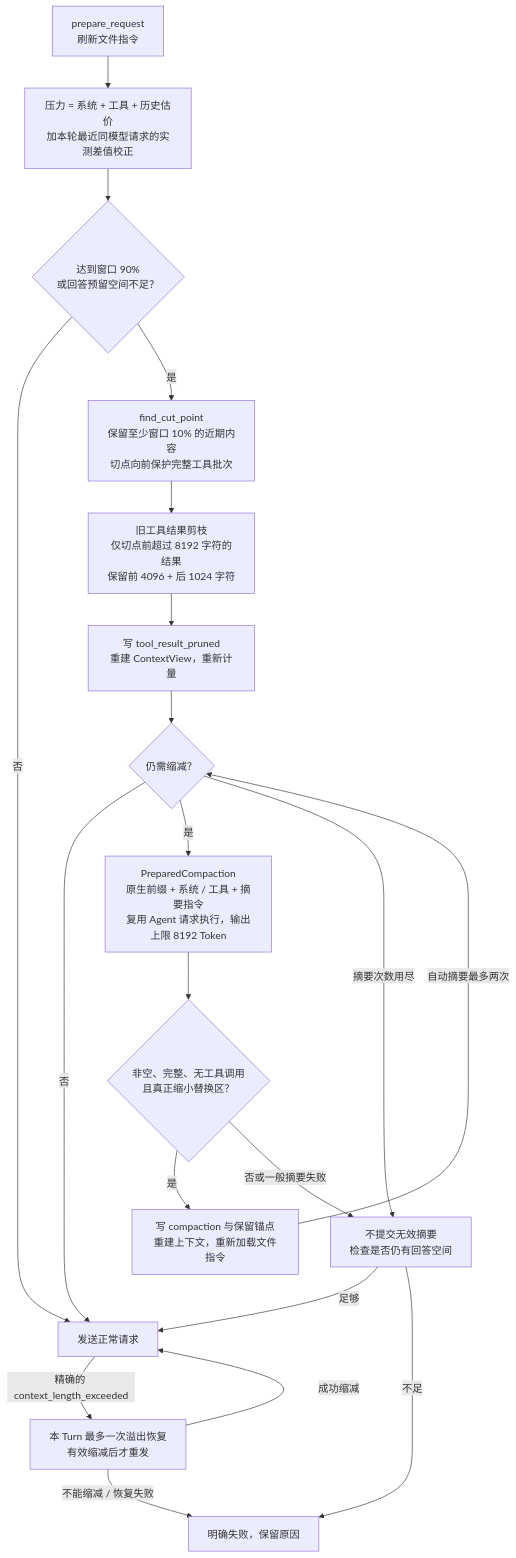
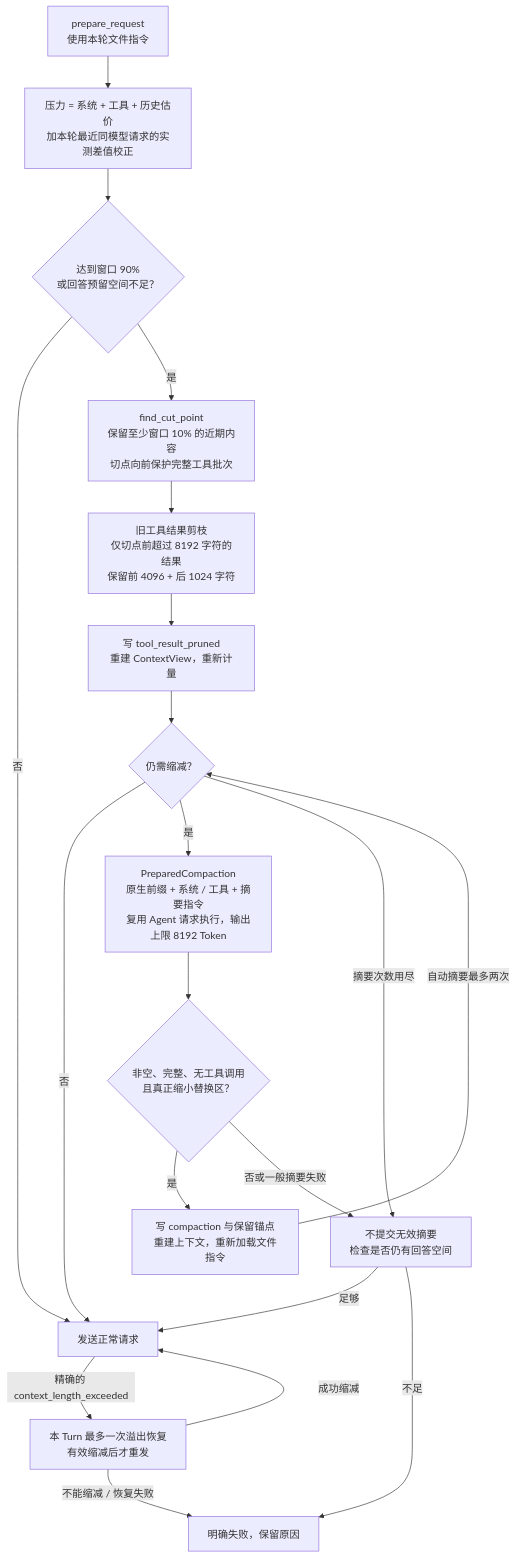
Diagram 23 of 29 in docs/singularity.md (qjcnmd/singularity-agent), drawn with Mermaid before and after one commit. The commit also changed other lines of this file and 99 other files, not shown here.

````diff
--- a/docs/singularity.md
+++ b/docs/singularity.md
@@ -607,22 +603,22 @@
 ```mermaid
 flowchart TB
-    Start["prepare_request<br/>刷新文件指令"] --> Estimate["压力 = 系统 + 工具 + 历史估价<br/>加本轮最近同模型请求的实测差值校正"]
+    Start["prepare_request<br/>使用本轮文件指令"] --> Estimate["压力 = 系统 + 工具 + 历史估价<br/>加本轮最近同模型请求的实测差值校正"]
     Estimate --> Pressure{"达到窗口 90%<br/>或回答预留空间不足？"}
     Pressure -->|"否"| Send["发送正常请求"]
     Pressure -->|"是"| Cut["find_cut_point<br/>保留至少窗口 10% 的近期内容<br/>切点向前保护完整工具批次"]
     Cut --> Prune["旧工具结果剪枝<br/>仅切点前超过 8192 字符的结果<br/>保留前 4096 + 后 1024 字符"]
     Prune --> Measure["写 tool_result_pruned<br/>重建 ContextView，重新计量"]
     Measure --> Need{"仍需缩减？"}
     Need -->|"否"| Send
     Need -->|"是"| Summary["PreparedCompaction<br/>原生前缀 + 系统 / 工具 + 摘要指令<br/>复用 Agent 请求执行，输出上限 8192 Token"]
     Summary --> Valid{"非空、完整、无工具调用<br/>且真正缩小替换区？"}
     Valid -->|"是"| Commit["写 compaction 与保留锚点<br/>重建上下文，重新加载文件指令"]
     Commit -->|"自动摘要最多两次"| Need
     Valid -->|"否或一般摘要失败"| Room["不提交无效摘要<br/>检查是否仍有回答空间"]
     Room -->|"足够"| Send
     Room -->|"不足"| Error["明确失败，保留原因"]
     Need -->|"摘要次数用尽"| Room
     Send -->|"精确的 context_length_exceeded"| Forced["本 Turn 最多一次溢出恢复<br/>有效缩减后才重发"]
     Forced -->|"成功缩减"| Send
     Forced -->|"不能缩减 / 恢复失败"| Error
 ```
````
